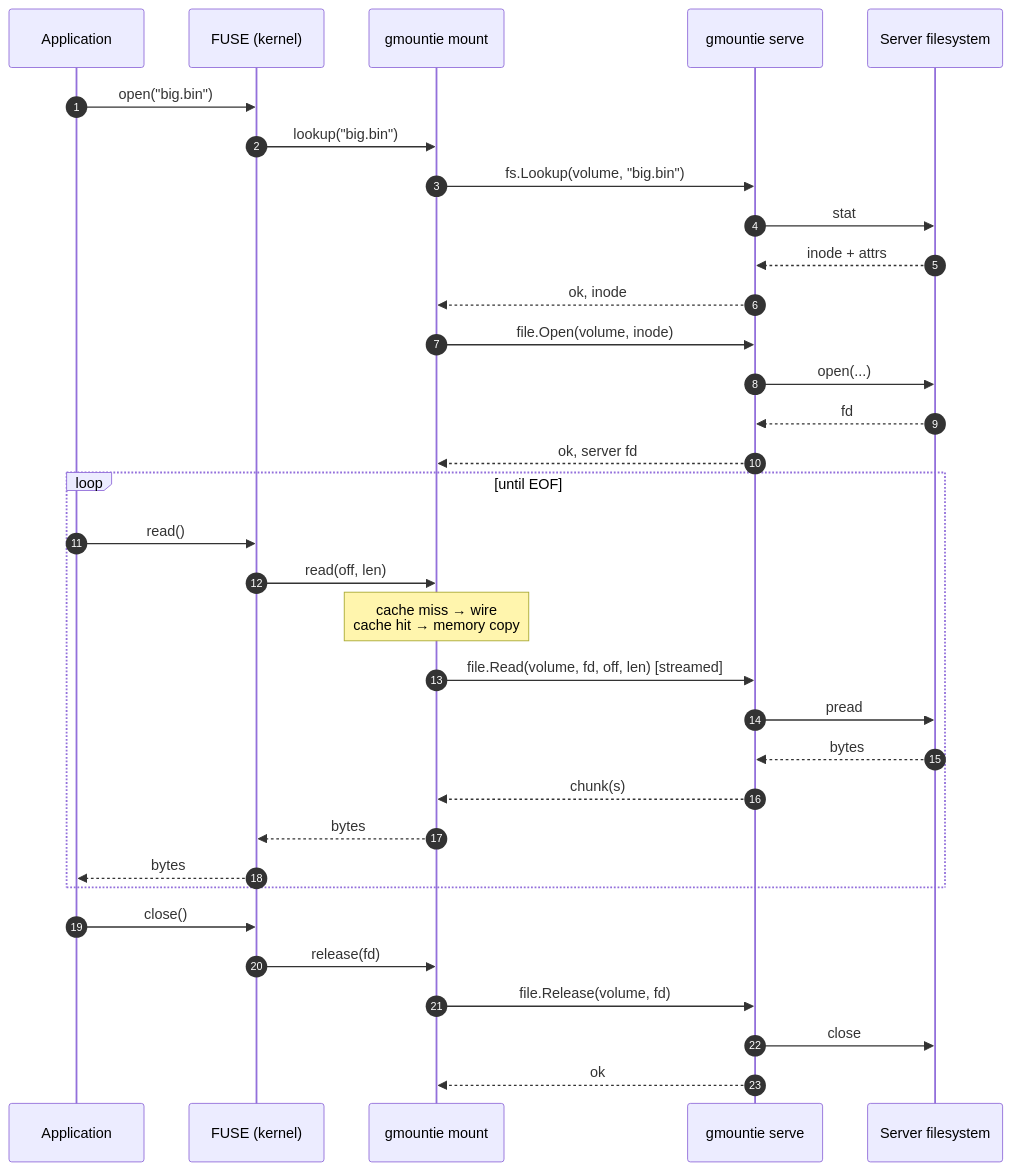
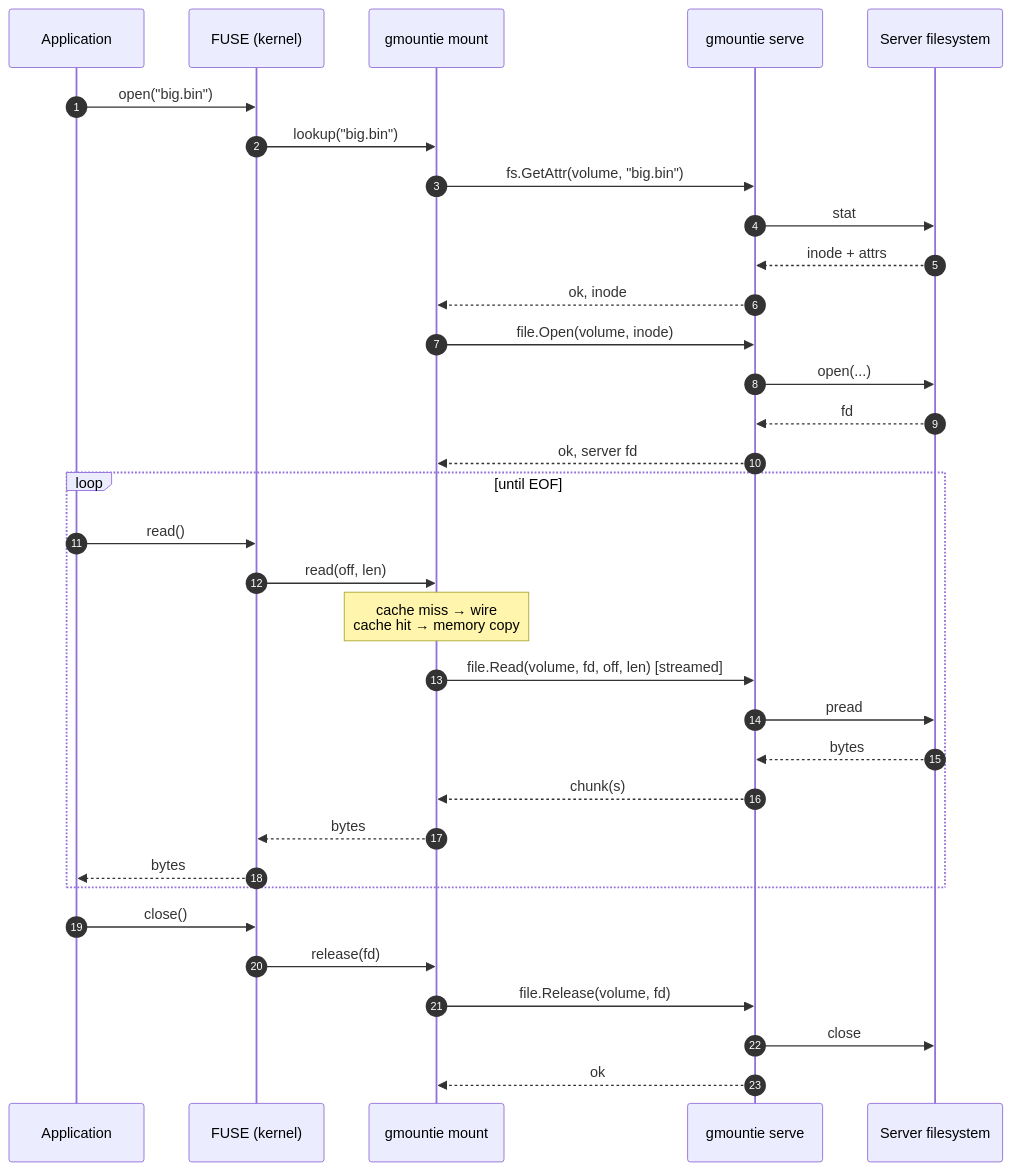
The diagram in docs/concepts/wire-protocol.mdx (gMountie/gMountie), drawn with Mermaid before and after one commit. The commit also changed other lines of this file and 18 other files, not shown here.

````diff
--- a/docs/concepts/wire-protocol.mdx
+++ b/docs/concepts/wire-protocol.mdx
@@ -52,38 +54,38 @@
 ```mermaid
 sequenceDiagram
   autonumber
   participant App as Application
   participant K as FUSE (kernel)
   participant C as gmountie mount
   participant S as gmountie serve
   participant FS as Server filesystem
 
   App->>K: open("big.bin")
   K->>C: lookup("big.bin")
-  C->>S: fs.Lookup(volume, "big.bin")
+  C->>S: fs.GetAttr(volume, "big.bin")
   S->>FS: stat
   FS-->>S: inode + attrs
   S-->>C: ok, inode
   C->>S: file.Open(volume, inode)
   S->>FS: open(...)
   FS-->>S: fd
   S-->>C: ok, server fd
 
   loop until EOF
     App->>K: read()
     K->>C: read(off, len)
     Note over C: cache miss → wire<br/>cache hit → memory copy
     C->>S: file.Read(volume, fd, off, len) [streamed]
     S->>FS: pread
     FS-->>S: bytes
     S-->>C: chunk(s)
     C-->>K: bytes
     K-->>App: bytes
   end
 
   App->>K: close()
   K->>C: release(fd)
   C->>S: file.Release(volume, fd)
   S->>FS: close
   S-->>C: ok
 ```
````
